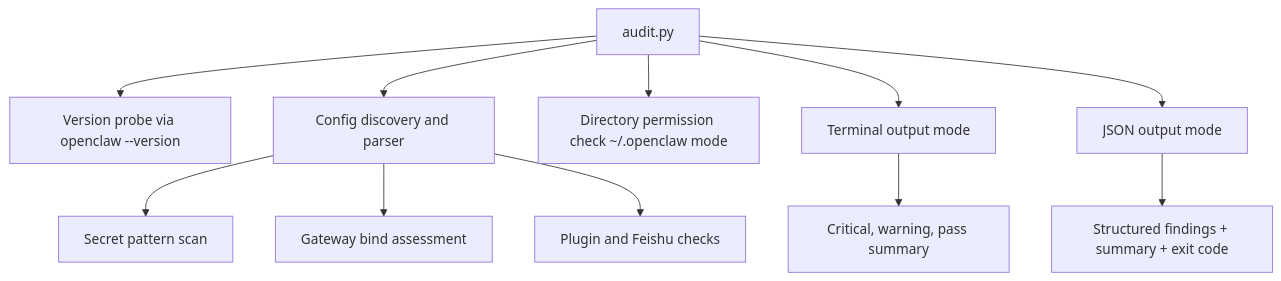
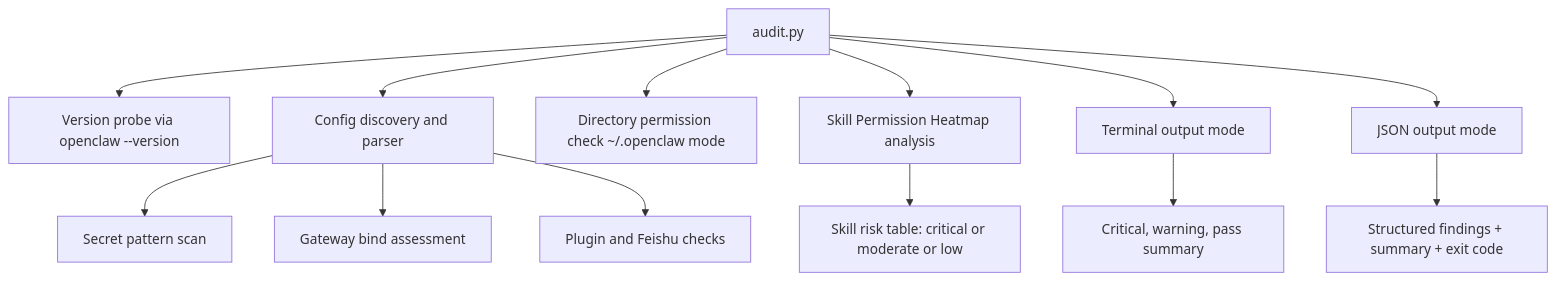
One commit to FoxSecIntel/Openclaw-audit changed the diagram in README.md. Above: the diagram before and after it, drawn with Mermaid. The commit also changed other lines of this file and 1 other file, not shown here.

Commit message:
Add skill permission heatmap feature and documentation

````diff
--- a/README.md
+++ b/README.md
@@ -31,13 +33,15 @@
 ```mermaid
 flowchart TD
     A[audit.py] --> B[Version probe via openclaw --version]
     A --> C[Config discovery and parser]
     C --> D[Secret pattern scan]
     C --> E[Gateway bind assessment]
     A --> P[Directory permission check ~/.openclaw mode]
     C --> F[Plugin and Feishu checks]
+    A --> S[Skill Permission Heatmap analysis]
+    S --> T[Skill risk table: critical or moderate or low]
     A --> G[Terminal output mode]
     A --> J[JSON output mode]
     G --> H[Critical, warning, pass summary]
     J --> K[Structured findings + summary + exit code]
 ```
````
